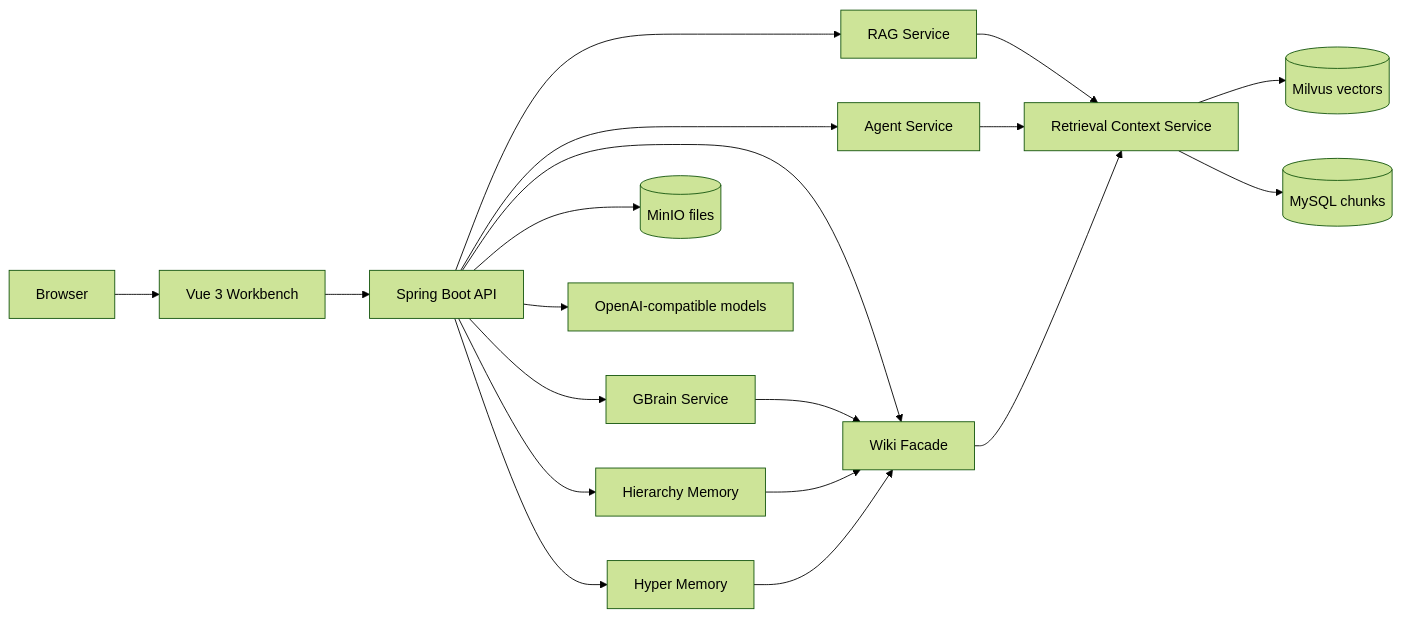
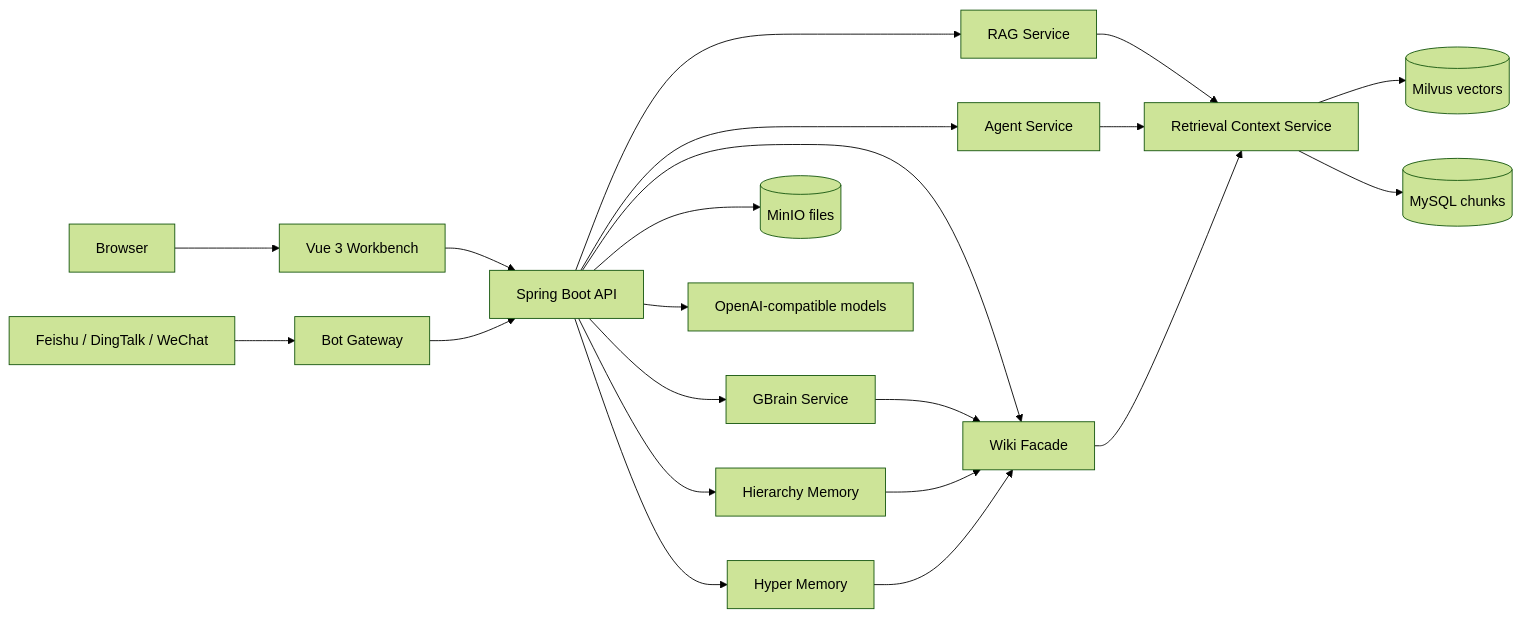
One commit to Harzva/HyperMemory changed the diagram in README.md. Above: the diagram before and after it, drawn with Mermaid (forest theme). The commit also changed other lines of this file and 29 other files, not shown here.

Commit message:
Add production bot gateway design

````diff
--- a/README.md
+++ b/README.md
@@ -66,21 +69,23 @@
 ```mermaid
 flowchart LR
     User["Browser"] --> UI["Vue 3 Workbench"]
+    Bot["Feishu / DingTalk / WeChat"] --> Gateway["Bot Gateway"]
     UI --> API["Spring Boot API"]
+    Gateway --> API
     API --> RAG["RAG Service"]
     API --> Agent["Agent Service"]
     API --> Wiki["Wiki Facade"]
     API --> GBrain["GBrain Service"]
     API --> Hierarchy["Hierarchy Memory"]
     API --> Hyper["Hyper Memory"]
     RAG --> Retrieval["Retrieval Context Service"]
     Agent --> Retrieval
     Wiki --> Retrieval
     GBrain --> Wiki
     Hierarchy --> Wiki
     Hyper --> Wiki
     Retrieval --> Milvus[("Milvus vectors")]
     Retrieval --> MySQL[("MySQL chunks")]
     API --> MinIO[("MinIO files")]
     API --> Model["OpenAI-compatible models"]
 ```
````
